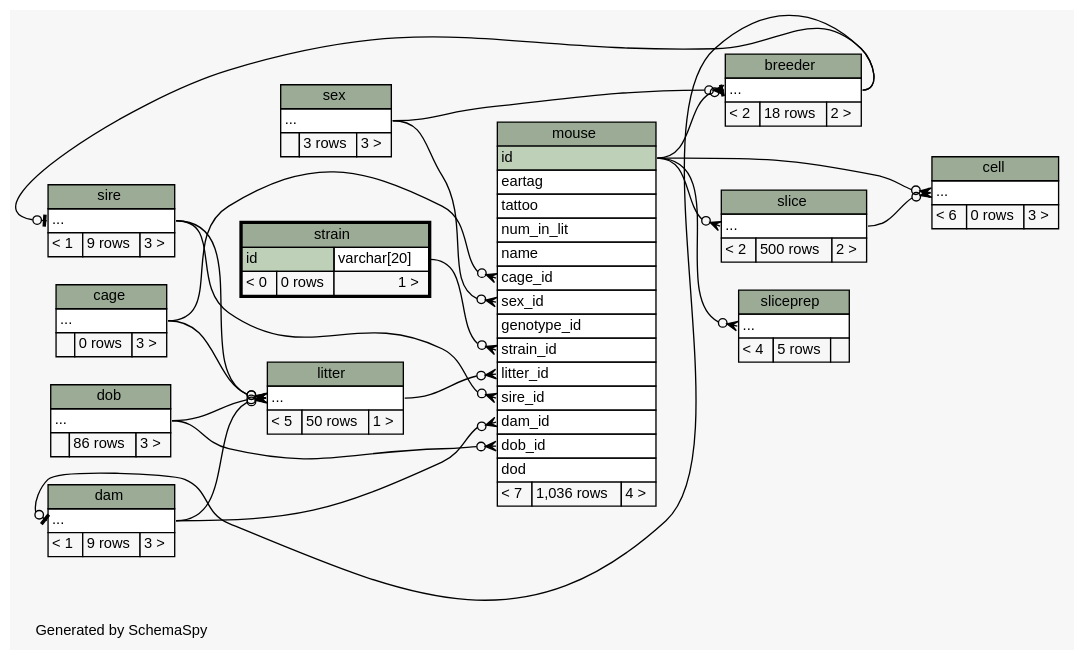
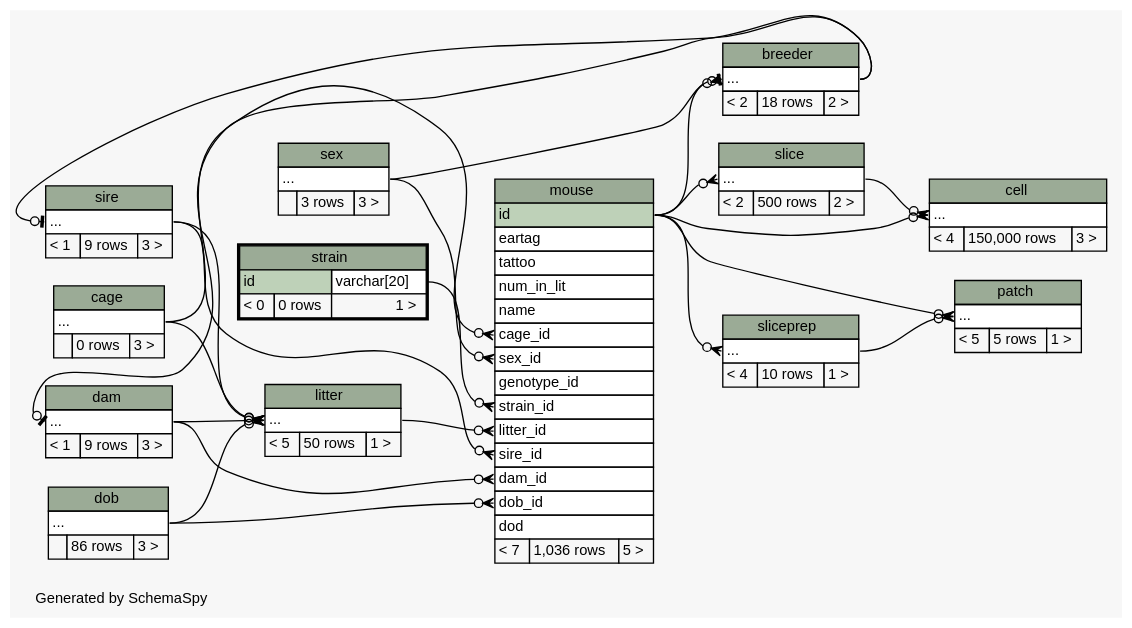
One commit to tgbugs/mlab changed the diagram in database/ss/diagrams/strain.2degrees.dot. Above: the diagram before and after it, drawn with Graphviz. The commit also changed 183 other files, not shown here.

```diff
--- a/database/ss/diagrams/strain.2degrees.dot
+++ b/database/ss/diagrams/strain.2degrees.dot
@@ -1,174 +1,186 @@
 // dot 2.32.0 on Windows 7 6.1
 // SchemaSpy rev 590
 digraph "twoDegreesRelationshipsDiagram" {
   graph [
     rankdir="RL"
     bgcolor="#f7f7f7"
     label="\nGenerated by SchemaSpy"
     labeljust="l"
     nodesep="0.18"
     ranksep="0.46"
     fontname="Helvetica"
     fontsize="11"
   ];
   node [
     fontname="Helvetica"
     fontsize="11"
     shape="plaintext"
   ];
   edge [
     arrowsize="0.8"
   ];
   "breeder":"elipses":w -> "mouse":"id":e [arrowhead=none dir=back arrowtail=teeodot];
   "breeder":"elipses":w -> "sex":"elipses":e [arrowhead=none dir=back arrowtail=crowodot];
   "cell":"elipses":w -> "mouse":"id":e [arrowhead=none dir=back arrowtail=crowodot];
   "cell":"elipses":w -> "slice":"elipses":e [arrowhead=none dir=back arrowtail=crowodot];
   "dam":"elipses":w -> "breeder":"elipses":e [arrowhead=none dir=back arrowtail=teeodot];
   "litter":"elipses":w -> "cage":"elipses":e [arrowhead=none dir=back arrowtail=crowodot];
   "litter":"elipses":w -> "dam":"elipses":e [arrowhead=none dir=back arrowtail=crowodot];
   "litter":"elipses":w -> "dob":"elipses":e [arrowhead=none dir=back arrowtail=crowodot];
   "litter":"elipses":w -> "sire":"elipses":e [arrowhead=none dir=back arrowtail=crowodot];
   "mouse":"cage_id":w -> "cage":"elipses":e [arrowhead=none dir=back arrowtail=crowodot];
   "mouse":"dam_id":w -> "dam":"elipses":e [arrowhead=none dir=back arrowtail=crowodot];
   "mouse":"dob_id":w -> "dob":"elipses":e [arrowhead=none dir=back arrowtail=crowodot];
   "mouse":"litter_id":w -> "litter":"elipses":e [arrowhead=none dir=back arrowtail=crowodot];
   "mouse":"sex_id":w -> "sex":"elipses":e [arrowhead=none dir=back arrowtail=crowodot];
   "mouse":"sire_id":w -> "sire":"elipses":e [arrowhead=none dir=back arrowtail=crowodot];
   "mouse":"strain_id":w -> "strain":"id.type":e [arrowhead=none dir=back arrowtail=crowodot];
+  "patch":"elipses":w -> "mouse":"id":e [arrowhead=none dir=back arrowtail=crowodot];
+  "patch":"elipses":w -> "sliceprep":"elipses":e [arrowhead=none dir=back arrowtail=crowodot];
   "sire":"elipses":w -> "breeder":"elipses":e [arrowhead=none dir=back arrowtail=teeodot];
   "slice":"elipses":w -> "mouse":"id":e [arrowhead=none dir=back arrowtail=crowodot];
   "sliceprep":"elipses":w -> "mouse":"id":e [arrowhead=none dir=back arrowtail=crowodot];
   "breeder" [
     label=<
     <TABLE BORDER="0" CELLBORDER="1" CELLSPACING="0" BGCOLOR="#ffffff">
       <TR><TD COLSPAN="3" BGCOLOR="#9bab96" ALIGN="CENTER">breeder</TD></TR>
       <TR><TD PORT="elipses" COLSPAN="3" ALIGN="LEFT">...</TD></TR>
       <TR><TD ALIGN="LEFT" BGCOLOR="#f7f7f7">&lt; 2</TD><TD ALIGN="RIGHT" BGCOLOR="#f7f7f7">18 rows</TD><TD ALIGN="RIGHT" BGCOLOR="#f7f7f7">2 &gt;</TD></TR>
     </TABLE>>
     URL="breeder.html"
     tooltip="breeder"
   ];
   "cage" [
     label=<
     <TABLE BORDER="0" CELLBORDER="1" CELLSPACING="0" BGCOLOR="#ffffff">
       <TR><TD COLSPAN="3" BGCOLOR="#9bab96" ALIGN="CENTER">cage</TD></TR>
       <TR><TD PORT="elipses" COLSPAN="3" ALIGN="LEFT">...</TD></TR>
       <TR><TD ALIGN="LEFT" BGCOLOR="#f7f7f7">  </TD><TD ALIGN="RIGHT" BGCOLOR="#f7f7f7">0 rows</TD><TD ALIGN="RIGHT" BGCOLOR="#f7f7f7">3 &gt;</TD></TR>
     </TABLE>>
     URL="cage.html"
     tooltip="cage"
   ];
   "cell" [
     label=<
     <TABLE BORDER="0" CELLBORDER="1" CELLSPACING="0" BGCOLOR="#ffffff">
       <TR><TD COLSPAN="3" BGCOLOR="#9bab96" ALIGN="CENTER">cell</TD></TR>
       <TR><TD PORT="elipses" COLSPAN="3" ALIGN="LEFT">...</TD></TR>
-      <TR><TD ALIGN="LEFT" BGCOLOR="#f7f7f7">&lt; 6</TD><TD ALIGN="RIGHT" BGCOLOR="#f7f7f7">0 rows</TD><TD ALIGN="RIGHT" BGCOLOR="#f7f7f7">3 &gt;</TD></TR>
+      <TR><TD ALIGN="LEFT" BGCOLOR="#f7f7f7">&lt; 4</TD><TD ALIGN="RIGHT" BGCOLOR="#f7f7f7">150,000 rows</TD><TD ALIGN="RIGHT" BGCOLOR="#f7f7f7">3 &gt;</TD></TR>
     </TABLE>>
     URL="cell.html"
     tooltip="cell"
   ];
   "dam" [
     label=<
     <TABLE BORDER="0" CELLBORDER="1" CELLSPACING="0" BGCOLOR="#ffffff">
       <TR><TD COLSPAN="3" BGCOLOR="#9bab96" ALIGN="CENTER">dam</TD></TR>
       <TR><TD PORT="elipses" COLSPAN="3" ALIGN="LEFT">...</TD></TR>
       <TR><TD ALIGN="LEFT" BGCOLOR="#f7f7f7">&lt; 1</TD><TD ALIGN="RIGHT" BGCOLOR="#f7f7f7">9 rows</TD><TD ALIGN="RIGHT" BGCOLOR="#f7f7f7">3 &gt;</TD></TR>
     </TABLE>>
     URL="dam.html"
     tooltip="dam"
   ];
   "dob" [
     label=<
     <TABLE BORDER="0" CELLBORDER="1" CELLSPACING="0" BGCOLOR="#ffffff">
       <TR><TD COLSPAN="3" BGCOLOR="#9bab96" ALIGN="CENTER">dob</TD></TR>
       <TR><TD PORT="elipses" COLSPAN="3" ALIGN="LEFT">...</TD></TR>
       <TR><TD ALIGN="LEFT" BGCOLOR="#f7f7f7">  </TD><TD ALIGN="RIGHT" BGCOLOR="#f7f7f7">86 rows</TD><TD ALIGN="RIGHT" BGCOLOR="#f7f7f7">3 &gt;</TD></TR>
     </TABLE>>
     URL="dob.html"
     tooltip="dob"
   ];
   "litter" [
     label=<
     <TABLE BORDER="0" CELLBORDER="1" CELLSPACING="0" BGCOLOR="#ffffff">
       <TR><TD COLSPAN="3" BGCOLOR="#9bab96" ALIGN="CENTER">litter</TD></TR>
       <TR><TD PORT="elipses" COLSPAN="3" ALIGN="LEFT">...</TD></TR>
       <TR><TD ALIGN="LEFT" BGCOLOR="#f7f7f7">&lt; 5</TD><TD ALIGN="RIGHT" BGCOLOR="#f7f7f7">50 rows</TD><TD ALIGN="RIGHT" BGCOLOR="#f7f7f7">1 &gt;</TD></TR>
     </TABLE>>
     URL="litter.html"
     tooltip="litter"
   ];
   "mouse" [
     label=<
     <TABLE BORDER="0" CELLBORDER="1" CELLSPACING="0" BGCOLOR="#ffffff">
       <TR><TD COLSPAN="3" BGCOLOR="#9bab96" ALIGN="CENTER">mouse</TD></TR>
       <TR><TD PORT="id" COLSPAN="3" BGCOLOR="#bed1b8" ALIGN="LEFT">id</TD></TR>
       <TR><TD PORT="eartag" COLSPAN="3" ALIGN="LEFT">eartag</TD></TR>
       <TR><TD PORT="tattoo" COLSPAN="3" ALIGN="LEFT">tattoo</TD></TR>
       <TR><TD PORT="num_in_lit" COLSPAN="3" ALIGN="LEFT">num_in_lit</TD></TR>
       <TR><TD PORT="name" COLSPAN="3" ALIGN="LEFT">name</TD></TR>
       <TR><TD PORT="cage_id" COLSPAN="3" ALIGN="LEFT">cage_id</TD></TR>
       <TR><TD PORT="sex_id" COLSPAN="3" ALIGN="LEFT">sex_id</TD></TR>
       <TR><TD PORT="genotype_id" COLSPAN="3" ALIGN="LEFT">genotype_id</TD></TR>
       <TR><TD PORT="strain_id" COLSPAN="3" ALIGN="LEFT">strain_id</TD></TR>
       <TR><TD PORT="litter_id" COLSPAN="3" ALIGN="LEFT">litter_id</TD></TR>
       <TR><TD PORT="sire_id" COLSPAN="3" ALIGN="LEFT">sire_id</TD></TR>
       <TR><TD PORT="dam_id" COLSPAN="3" ALIGN="LEFT">dam_id</TD></TR>
       <TR><TD PORT="dob_id" COLSPAN="3" ALIGN="LEFT">dob_id</TD></TR>
       <TR><TD PORT="dod" COLSPAN="3" ALIGN="LEFT">dod</TD></TR>
-      <TR><TD ALIGN="LEFT" BGCOLOR="#f7f7f7">&lt; 7</TD><TD ALIGN="RIGHT" BGCOLOR="#f7f7f7">1,036 rows</TD><TD ALIGN="RIGHT" BGCOLOR="#f7f7f7">4 &gt;</TD></TR>
+      <TR><TD ALIGN="LEFT" BGCOLOR="#f7f7f7">&lt; 7</TD><TD ALIGN="RIGHT" BGCOLOR="#f7f7f7">1,036 rows</TD><TD ALIGN="RIGHT" BGCOLOR="#f7f7f7">5 &gt;</TD></TR>
     </TABLE>>
     URL="mouse.html"
     tooltip="mouse"
+  ];
+  "patch" [
+    label=<
+    <TABLE BORDER="0" CELLBORDER="1" CELLSPACING="0" BGCOLOR="#ffffff">
+      <TR><TD COLSPAN="3" BGCOLOR="#9bab96" ALIGN="CENTER">patch</TD></TR>
+      <TR><TD PORT="elipses" COLSPAN="3" ALIGN="LEFT">...</TD></TR>
+      <TR><TD ALIGN="LEFT" BGCOLOR="#f7f7f7">&lt; 5</TD><TD ALIGN="RIGHT" BGCOLOR="#f7f7f7">5 rows</TD><TD ALIGN="RIGHT" BGCOLOR="#f7f7f7">1 &gt;</TD></TR>
+    </TABLE>>
+    URL="patch.html"
+    tooltip="patch"
   ];
   "sex" [
     label=<
     <TABLE BORDER="0" CELLBORDER="1" CELLSPACING="0" BGCOLOR="#ffffff">
       <TR><TD COLSPAN="3" BGCOLOR="#9bab96" ALIGN="CENTER">sex</TD></TR>
       <TR><TD PORT="elipses" COLSPAN="3" ALIGN="LEFT">...</TD></TR>
       <TR><TD ALIGN="LEFT" BGCOLOR="#f7f7f7">  </TD><TD ALIGN="RIGHT" BGCOLOR="#f7f7f7">3 rows</TD><TD ALIGN="RIGHT" BGCOLOR="#f7f7f7">3 &gt;</TD></TR>
     </TABLE>>
     URL="sex.html"
     tooltip="sex"
   ];
   "sire" [
     label=<
     <TABLE BORDER="0" CELLBORDER="1" CELLSPACING="0" BGCOLOR="#ffffff">
       <TR><TD COLSPAN="3" BGCOLOR="#9bab96" ALIGN="CENTER">sire</TD></TR>
       <TR><TD PORT="elipses" COLSPAN="3" ALIGN="LEFT">...</TD></TR>
       <TR><TD ALIGN="LEFT" BGCOLOR="#f7f7f7">&lt; 1</TD><TD ALIGN="RIGHT" BGCOLOR="#f7f7f7">9 rows</TD><TD ALIGN="RIGHT" BGCOLOR="#f7f7f7">3 &gt;</TD></TR>
     </TABLE>>
     URL="sire.html"
     tooltip="sire"
   ];
   "slice" [
     label=<
     <TABLE BORDER="0" CELLBORDER="1" CELLSPACING="0" BGCOLOR="#ffffff">
       <TR><TD COLSPAN="3" BGCOLOR="#9bab96" ALIGN="CENTER">slice</TD></TR>
       <TR><TD PORT="elipses" COLSPAN="3" ALIGN="LEFT">...</TD></TR>
       <TR><TD ALIGN="LEFT" BGCOLOR="#f7f7f7">&lt; 2</TD><TD ALIGN="RIGHT" BGCOLOR="#f7f7f7">500 rows</TD><TD ALIGN="RIGHT" BGCOLOR="#f7f7f7">2 &gt;</TD></TR>
     </TABLE>>
     URL="slice.html"
     tooltip="slice"
   ];
   "sliceprep" [
     label=<
     <TABLE BORDER="0" CELLBORDER="1" CELLSPACING="0" BGCOLOR="#ffffff">
       <TR><TD COLSPAN="3" BGCOLOR="#9bab96" ALIGN="CENTER">sliceprep</TD></TR>
       <TR><TD PORT="elipses" COLSPAN="3" ALIGN="LEFT">...</TD></TR>
-      <TR><TD ALIGN="LEFT" BGCOLOR="#f7f7f7">&lt; 4</TD><TD ALIGN="RIGHT" BGCOLOR="#f7f7f7">5 rows</TD><TD ALIGN="RIGHT" BGCOLOR="#f7f7f7">  </TD></TR>
+      <TR><TD ALIGN="LEFT" BGCOLOR="#f7f7f7">&lt; 4</TD><TD ALIGN="RIGHT" BGCOLOR="#f7f7f7">10 rows</TD><TD ALIGN="RIGHT" BGCOLOR="#f7f7f7">1 &gt;</TD></TR>
     </TABLE>>
     URL="sliceprep.html"
     tooltip="sliceprep"
   ];
   "strain" [
     label=<
     <TABLE BORDER="2" CELLBORDER="1" CELLSPACING="0" BGCOLOR="#ffffff">
       <TR><TD COLSPAN="3" BGCOLOR="#9bab96" ALIGN="CENTER">strain</TD></TR>
       <TR><TD PORT="id" COLSPAN="2" BGCOLOR="#bed1b8" ALIGN="LEFT">id</TD><TD PORT="id.type" ALIGN="LEFT">varchar[20]</TD></TR>
       <TR><TD ALIGN="LEFT" BGCOLOR="#f7f7f7">&lt; 0</TD><TD ALIGN="RIGHT" BGCOLOR="#f7f7f7">0 rows</TD><TD ALIGN="RIGHT" BGCOLOR="#f7f7f7">1 &gt;</TD></TR>
     </TABLE>>
     URL="strain.html"
     tooltip="strain"
   ];
 }
```
